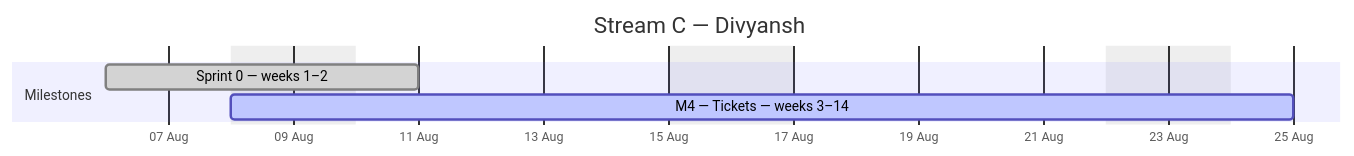
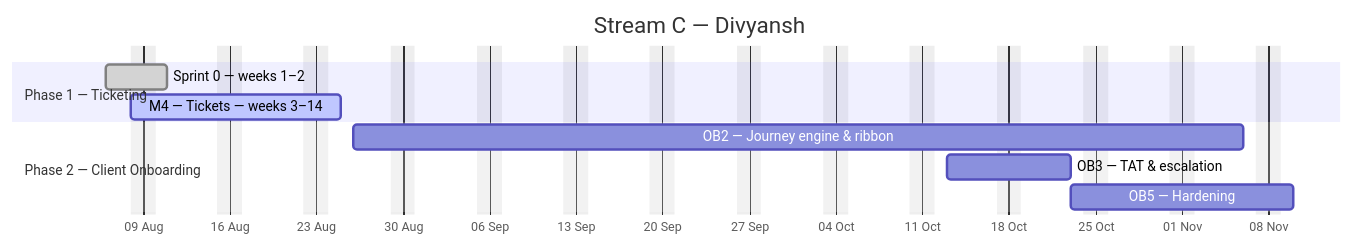
The third of 4 diagrams in docs/plan/GANTT.md (debashisedunext/EduTrack), drawn with Mermaid before and after one commit. The commit also changed other lines of this file and 9 other files, not shown here.

````diff
--- a/docs/plan/GANTT.md
+++ b/docs/plan/GANTT.md
@@ -105,10 +186,14 @@
 ```mermaid
 gantt
     dateFormat YYYY-MM-DD
     axisFormat %d %b
     title Stream C — Divyansh
     excludes weekends
-    section Milestones
+    section Phase 1 — Ticketing
     Sprint 0 — weeks 1–2 :done, c0, 2026-08-06, 3d
     M4 — Tickets — weeks 3–14 :active, c1, 2026-08-08, 12d
+    section Phase 2 — Client Onboarding
+    OB2 — Journey engine & ribbon :c2, 2026-08-26, 52d
+    OB3 — TAT & escalation :c3, 2026-10-13, 8d
+    OB5 — Hardening :c4, 2026-10-23, 12d
 ```
````
